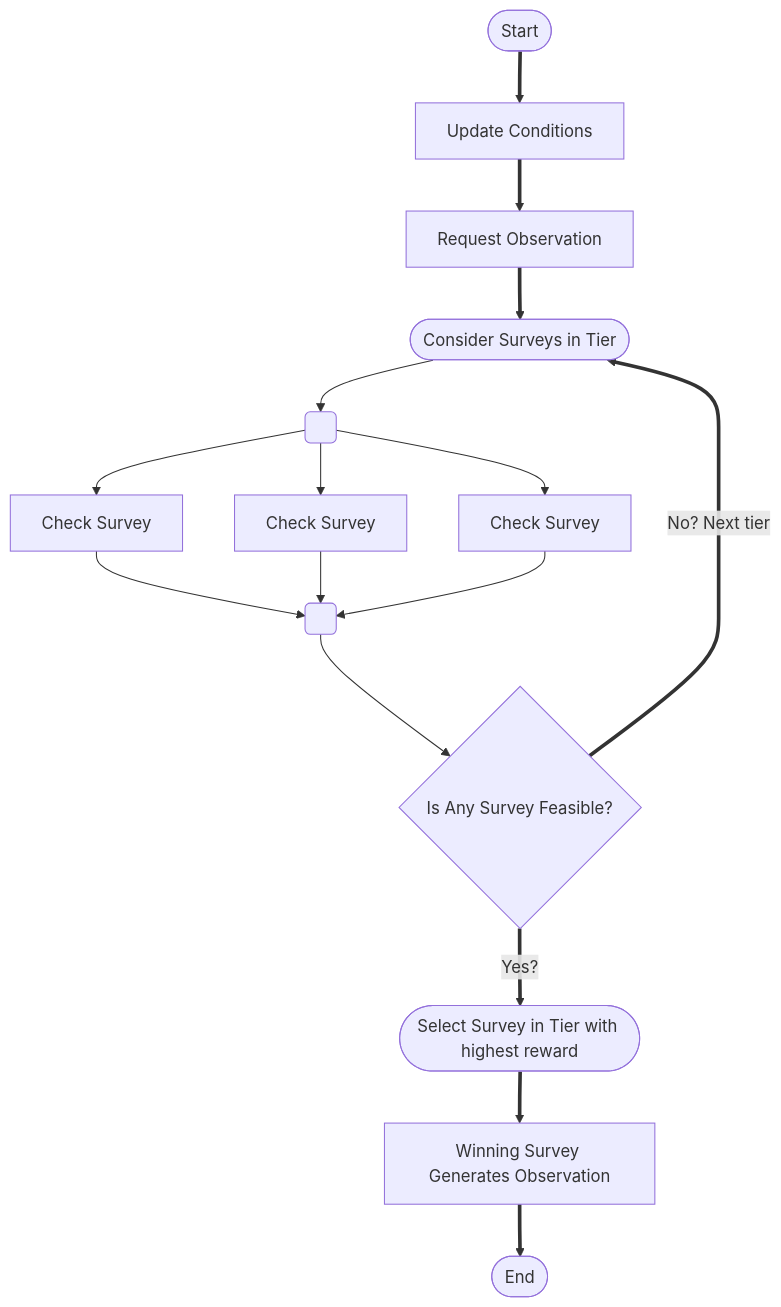
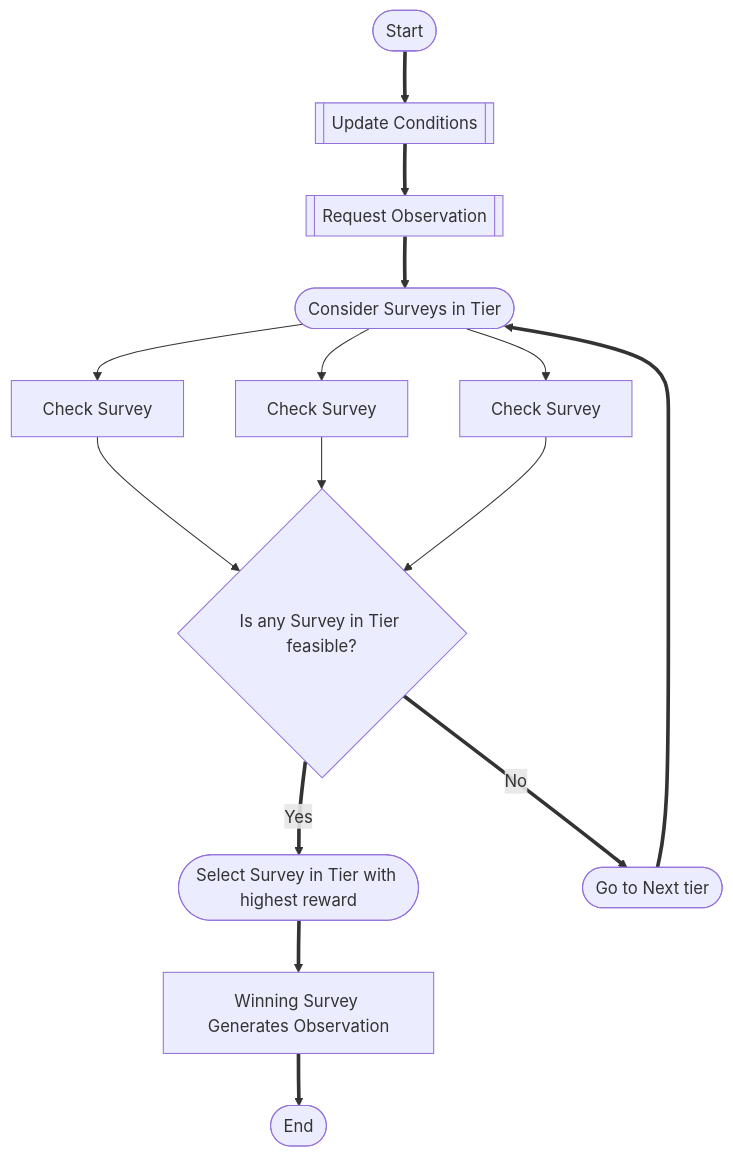
One commit to lsst/rubin_scheduler changed the first of 3 diagrams in docs/fbs-arch.rst. Above: the diagram before and after it, drawn with Mermaid. The commit also changed other lines of this file and 1 other file, not shown here.

```diff
--- a/docs/fbs-arch.rst
+++ b/docs/fbs-arch.rst
@@ -55,18 +58,16 @@
 .. mermaid::
 
     flowchart TD
-        A([Start]) ==>B[Update Conditions]
-        B ==> C[Request Observation]
+        A([Start]) ==>B[[Update Conditions]]
+        B ==> C[[Request Observation]]
         C ==> D([Consider Surveys in Tier])
-        D --> M( )
-        M --> E[Check Survey]
-        M --> F[Check Survey]
-        M --> G[Check Survey]
-        E --> N( )
-        F --> N
-        G --> N
-        N --> H{Is Any Survey Feasible?}
-        H == No? Next tier==> D
-        H == Yes? ==> I([Select Survey in Tier with highest reward])
-        I ==> J[Winning Survey Generates Observation]
-        J ==> K([End])
+        D --> E[Check Survey]
+        D --> F[Check Survey]
+        D --> G[Check Survey]
+        E --> H{Is any Survey in Tier feasible?}
+        F --> H
+        G --> H
+        H == Yes ==> J([Select Survey in Tier with highest reward])
+        H == No ==> I([Go to Next tier]) ==> D
+        J ==> K[Winning Survey Generates Observation]
+        K ==> L([End])
```
